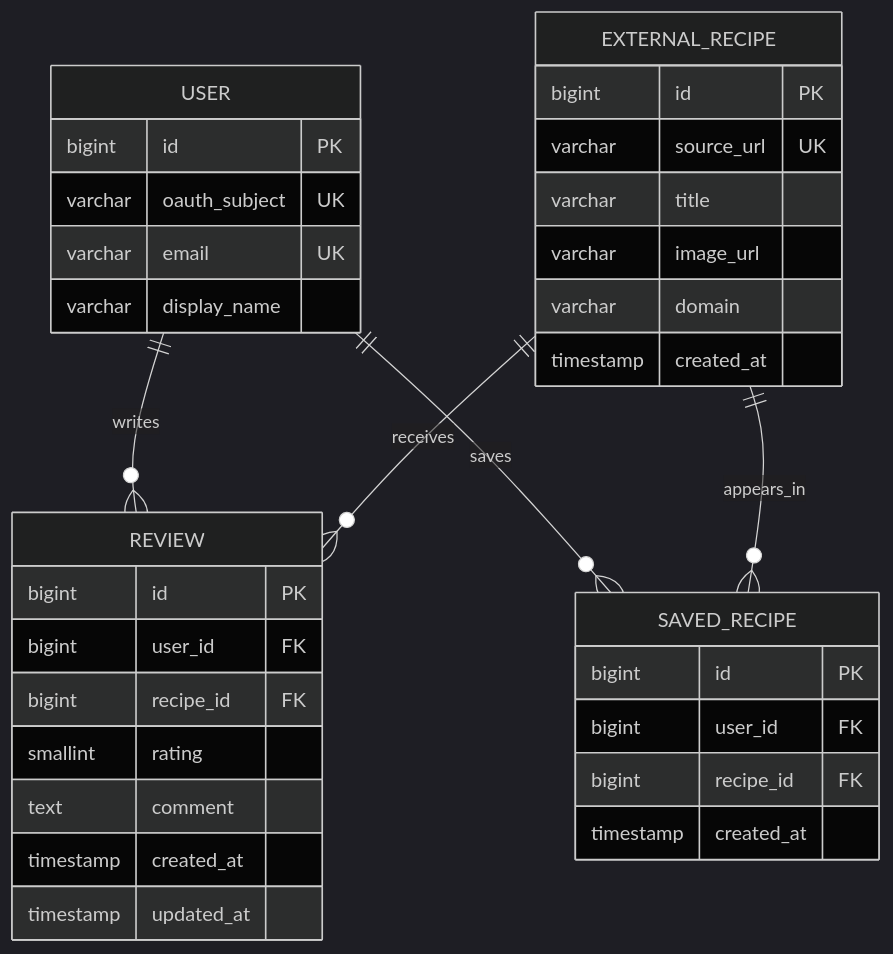
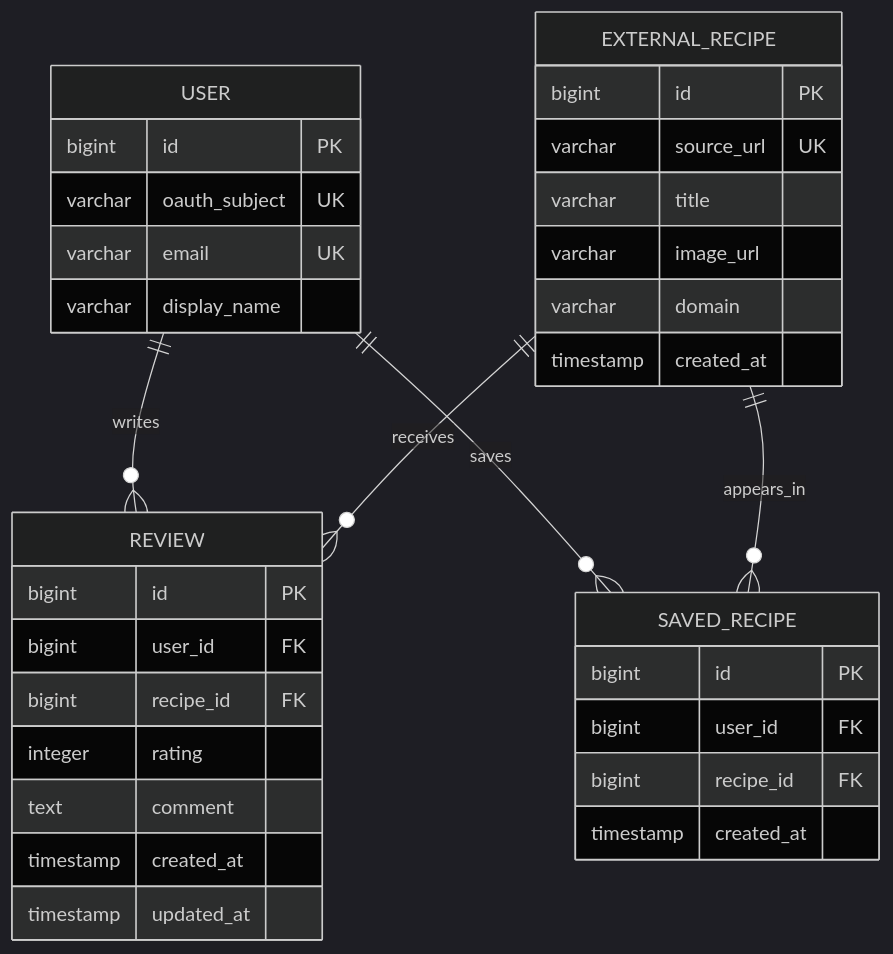
Before and after one commit to elsagw/recepie-plattform: the second of 3 diagrams in docs/ARCHITECTURE.md, drawn with Mermaid (dark theme). The commit also changed 19 other files, not shown here.

````diff
--- a/docs/ARCHITECTURE.md
+++ b/docs/ARCHITECTURE.md
@@ -19,37 +19,37 @@
 ```mermaid
 erDiagram
     USER ||--o{ REVIEW : writes
     EXTERNAL_RECIPE ||--o{ REVIEW : receives
     USER ||--o{ SAVED_RECIPE : saves
     EXTERNAL_RECIPE ||--o{ SAVED_RECIPE : appears_in
 
     USER {
         bigint id PK
         varchar oauth_subject UK
         varchar email UK
         varchar display_name
     }
     EXTERNAL_RECIPE {
         bigint id PK
         varchar source_url UK
         varchar title
         varchar image_url
         varchar domain
         timestamp created_at
     }
     REVIEW {
         bigint id PK
         bigint user_id FK
         bigint recipe_id FK
-        smallint rating
+        integer rating
         text comment
         timestamp created_at
         timestamp updated_at
     }
     SAVED_RECIPE {
         bigint id PK
         bigint user_id FK
         bigint recipe_id FK
         timestamp created_at
     }
 ```
````
